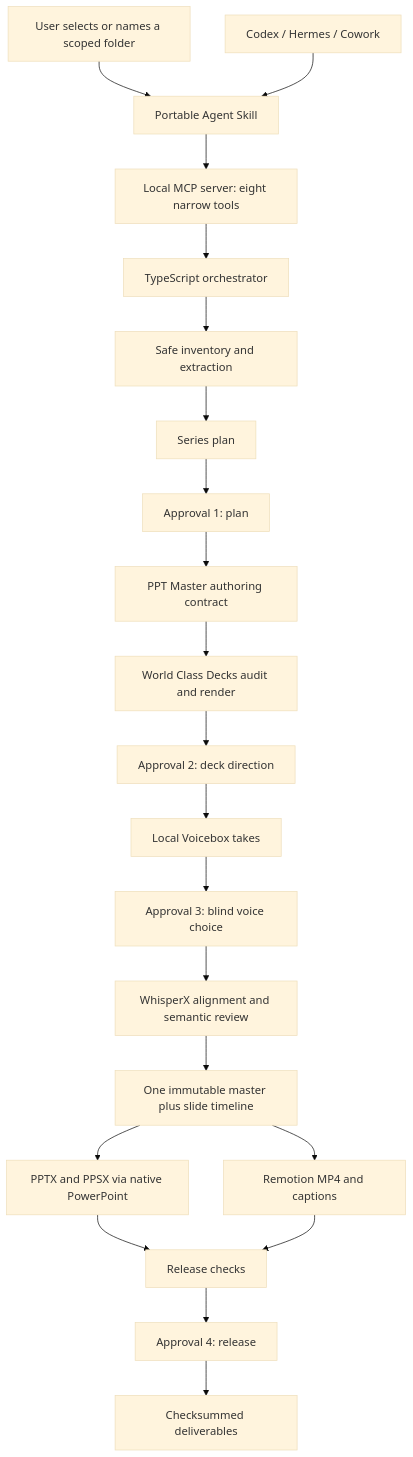
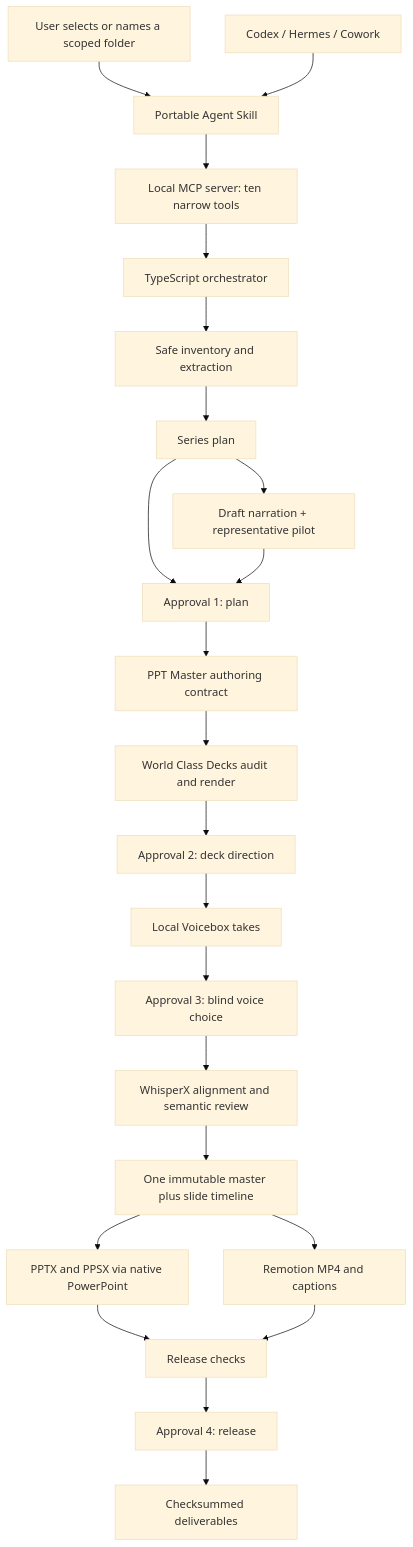
The diagram in docs/ARCHITECTURE.md (c-mongan/narrated-deck-studio), drawn with Mermaid (base theme) before and after one commit. The commit also changed 16 other files, not shown here.

Commit message:
Add representative narrated deck pilot

````diff
--- a/docs/ARCHITECTURE.md
+++ b/docs/ARCHITECTURE.md
@@ -3,23 +3,25 @@
 ```mermaid
 flowchart TD
   A["User selects or names a scoped folder"] --> B["Portable Agent Skill"]
-  B --> C["Local MCP server: eight narrow tools"]
+  B --> C["Local MCP server: ten narrow tools"]
   X["Codex / Hermes / Cowork"] --> B
   C --> D["TypeScript orchestrator"]
   D --> E["Safe inventory and extraction"]
   E --> F["Series plan"]
   F --> G["Approval 1: plan"]
+  F --> F1["Draft narration + representative pilot"]
+  F1 --> G
   G --> H["PPT Master authoring contract"]
   H --> I["World Class Decks audit and render"]
   I --> J["Approval 2: deck direction"]
   J --> K["Local Voicebox takes"]
   K --> L["Approval 3: blind voice choice"]
   L --> M["WhisperX alignment and semantic review"]
   M --> N["One immutable master plus slide timeline"]
   N --> O["PPTX and PPSX via native PowerPoint"]
   N --> P["Remotion MP4 and captions"]
   O --> Q["Release checks"]
   P --> Q
   Q --> R["Approval 4: release"]
   R --> S["Checksummed deliverables"]
 ```
````
